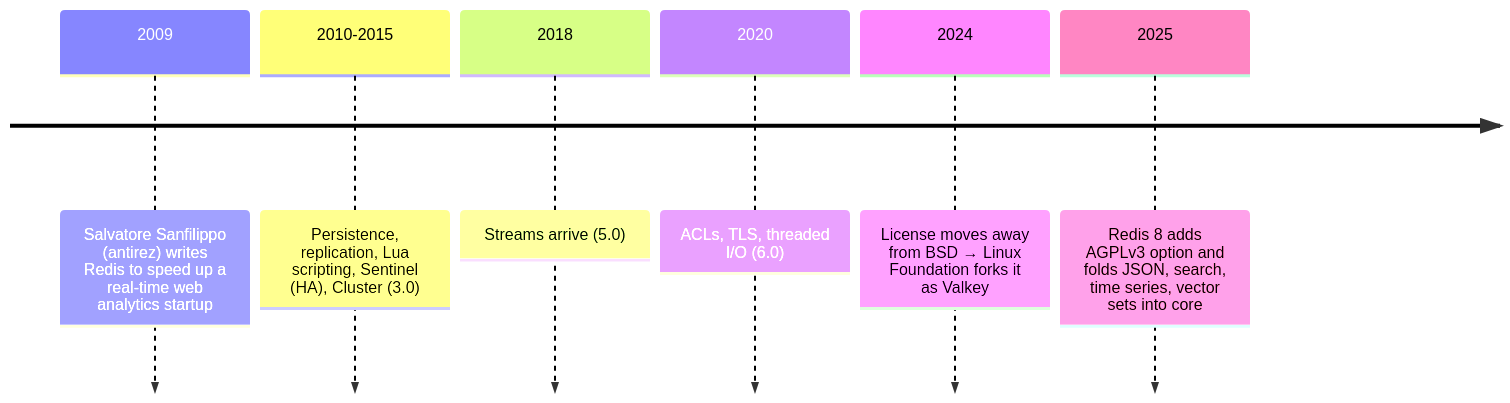
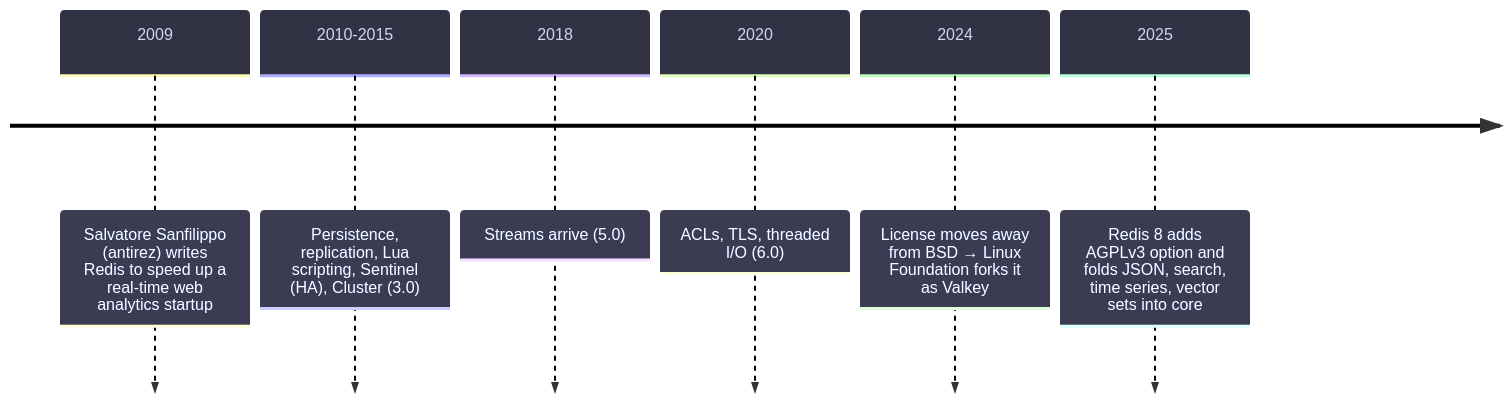
One commit to jamal474/slides changed the third of 53 diagrams in src/redis.md. Above: the diagram before and after it, drawn with Mermaid. The commit also changed other lines of this file, not shown here.

````diff
--- a/src/redis.md
+++ b/src/redis.md
@@ -147,9 +143,10 @@
 ```mermaid
+%%{init: {"themeVariables": {"cScale0":"#313244","cScale1":"#313244","cScale2":"#313244","cScale3":"#313244","cScale4":"#313244","cScale5":"#313244","cScaleLabel0":"#cdd6f4","cScaleLabel1":"#cdd6f4","cScaleLabel2":"#cdd6f4","cScaleLabel3":"#cdd6f4","cScaleLabel4":"#cdd6f4","cScaleLabel5":"#cdd6f4"}}}%%
 timeline
   2009 : Salvatore Sanfilippo (antirez) writes Redis to speed up a real-time web analytics startup
   2010-2015 : Persistence, replication, Lua scripting, Sentinel (HA), Cluster (3.0)
   2018 : Streams arrive (5.0)
   2020 : ACLs, TLS, threaded I/O (6.0)
   2024 : License moves away from BSD → Linux Foundation forks it as Valkey
   2025 : Redis 8 adds AGPLv3 option and folds JSON, search, time series, vector sets into core
 ```
````
